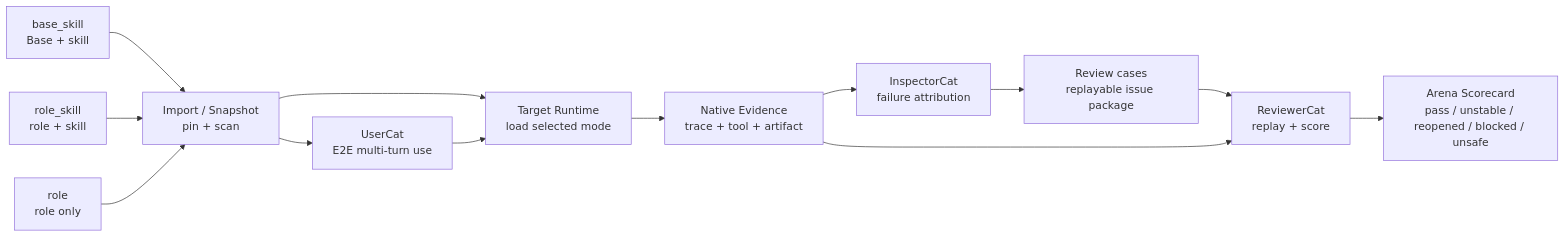
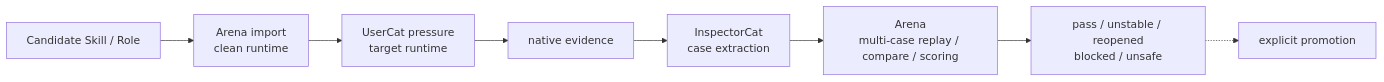
Before and after one commit to fightheyyy/XiaoBa-CLI: the second of 2 diagrams in docs/arena/SPEC.md, drawn with Mermaid. The commit also changed other lines of this file and 103 other files, not shown here.

````diff
--- a/docs/arena/SPEC.md
+++ b/docs/arena/SPEC.md
@@ -159,27 +116,10 @@
 ```mermaid
 flowchart LR
-    BaseSkill["base_skill<br/>Base + skill"]
-    RoleSkill["role_skill<br/>role + skill"]
-    RoleOnly["role<br/>role only"]
-    Import["Import / Snapshot<br/>pin + scan"]
-    User["UserCat<br/>E2E multi-turn use"]
-    Runtime["Target Runtime<br/>load selected mode"]
-    Logs["Native Evidence<br/>trace + tool + artifact"]
-    Inspector["InspectorCat<br/>failure attribution"]
-    Case["Review cases<br/>replayable issue package"]
-    Reviewer["ReviewerCat<br/>replay + score"]
-    Score["Arena Scorecard<br/>pass / unstable / reopened / blocked / unsafe"]
-
-    BaseSkill --> Import
-    RoleSkill --> Import
-    RoleOnly --> Import
-    Import --> User
-    Import --> Runtime
-    User --> Runtime
-    Runtime --> Logs
-    Logs --> Inspector
-    Inspector --> Case
-    Case --> Reviewer
-    Logs --> Reviewer
-    Reviewer --> Score
+    Candidate["Candidate Skill / Role"] --> Clean["Arena import<br/>clean runtime"]
+    Clean --> Pressure["UserCat pressure<br/>target runtime"]
+    Pressure --> Evidence["native evidence"]
+    Evidence --> Inspect["InspectorCat<br/>case extraction"]
+    Inspect --> Eval["Arena<br/>multi-case replay / compare / scoring"]
+    Eval --> Decision["pass / unstable / reopened<br/>blocked / unsafe"]
+    Decision -.-> Promote["explicit promotion"]
 ```
````
